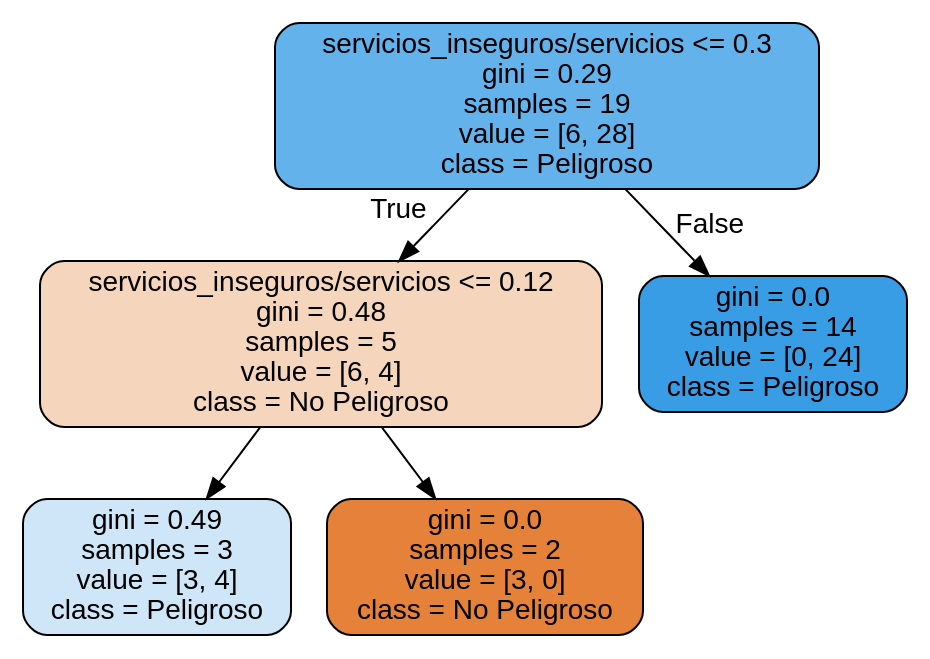
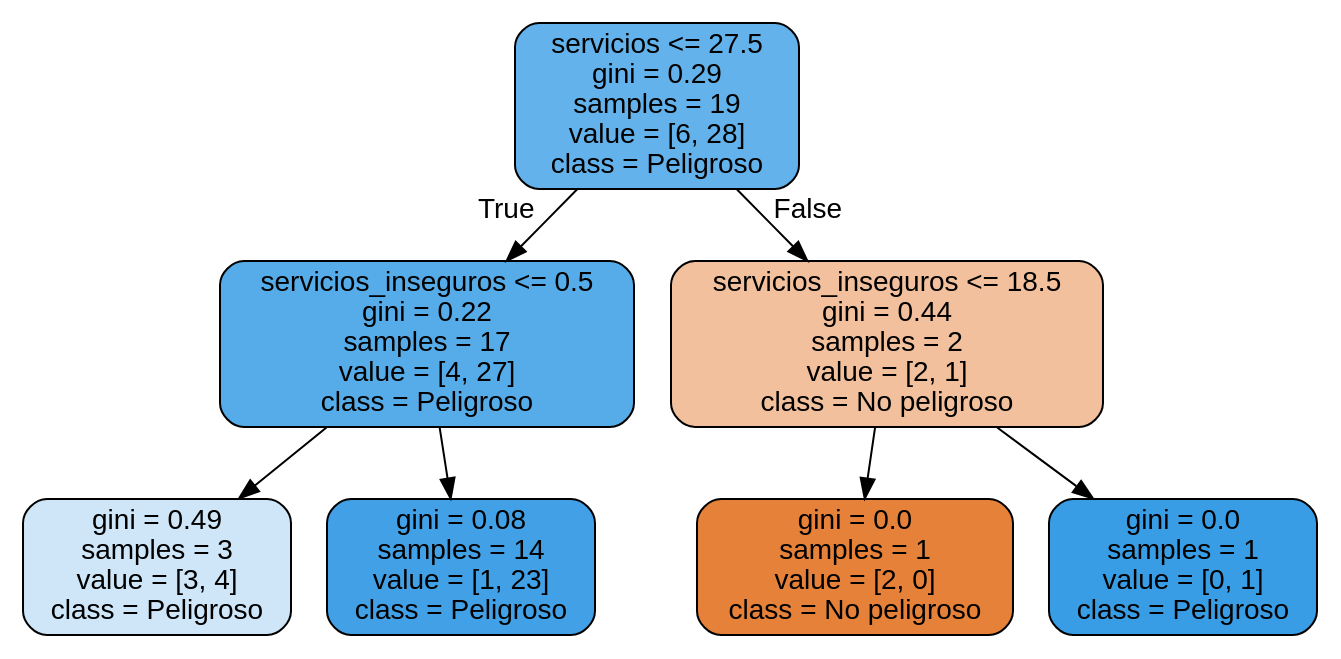
One commit to siciliagc/Sistemas-de-Informaci-n changed the diagram in ejercicio5/tree.dot. Above: the diagram before and after it, drawn with Graphviz. The commit also changed 11 other files, not shown here.

```diff
--- a/ejercicio5/tree.dot
+++ b/ejercicio5/tree.dot
@@ -1,13 +1,17 @@
 digraph Tree {
 node [shape=box, style="filled, rounded", color="black", fontname="helvetica"] ;
 edge [fontname="helvetica"] ;
-0 [label="servicios_inseguros/servicios <= 0.3\ngini = 0.29\nsamples = 19\nvalue = [6, 28]\nclass = Peligroso", fillcolor="#63b2eb"] ;
-1 [label="servicios_inseguros/servicios <= 0.12\ngini = 0.48\nsamples = 5\nvalue = [6, 4]\nclass = No Peligroso", fillcolor="#f6d5bd"] ;
+0 [label="servicios <= 27.5\ngini = 0.29\nsamples = 19\nvalue = [6, 28]\nclass = Peligroso", fillcolor="#63b2eb"] ;
+1 [label="servicios_inseguros <= 0.5\ngini = 0.22\nsamples = 17\nvalue = [4, 27]\nclass = Peligroso", fillcolor="#56ace9"] ;
 0 -> 1 [labeldistance=2.5, labelangle=45, headlabel="True"] ;
 2 [label="gini = 0.49\nsamples = 3\nvalue = [3, 4]\nclass = Peligroso", fillcolor="#cee6f8"] ;
 1 -> 2 ;
-3 [label="gini = 0.0\nsamples = 2\nvalue = [3, 0]\nclass = No Peligroso", fillcolor="#e58139"] ;
+3 [label="gini = 0.08\nsamples = 14\nvalue = [1, 23]\nclass = Peligroso", fillcolor="#42a1e6"] ;
 1 -> 3 ;
-4 [label="gini = 0.0\nsamples = 14\nvalue = [0, 24]\nclass = Peligroso", fillcolor="#399de5"] ;
+4 [label="servicios_inseguros <= 18.5\ngini = 0.44\nsamples = 2\nvalue = [2, 1]\nclass = No peligroso", fillcolor="#f2c09c"] ;
 0 -> 4 [labeldistance=2.5, labelangle=-45, headlabel="False"] ;
+5 [label="gini = 0.0\nsamples = 1\nvalue = [2, 0]\nclass = No peligroso", fillcolor="#e58139"] ;
+4 -> 5 ;
+6 [label="gini = 0.0\nsamples = 1\nvalue = [0, 1]\nclass = Peligroso", fillcolor="#399de5"] ;
+4 -> 6 ;
 }
```
